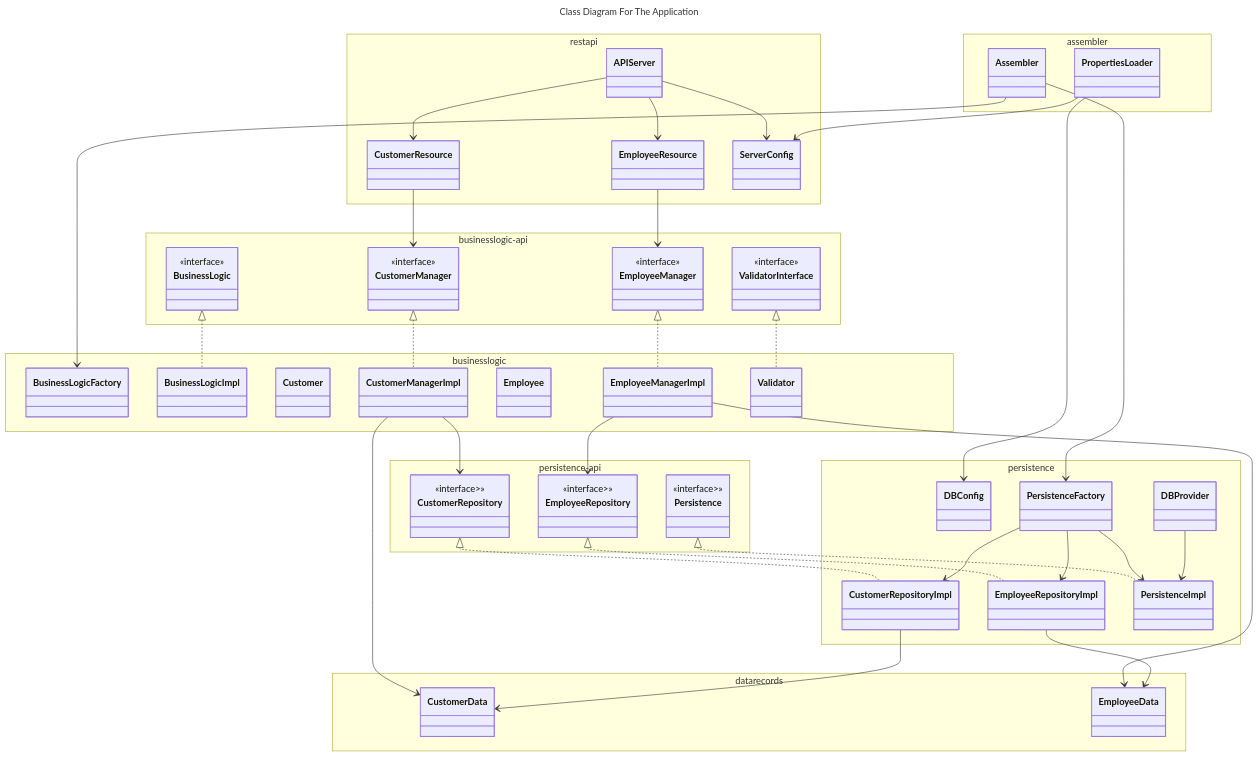
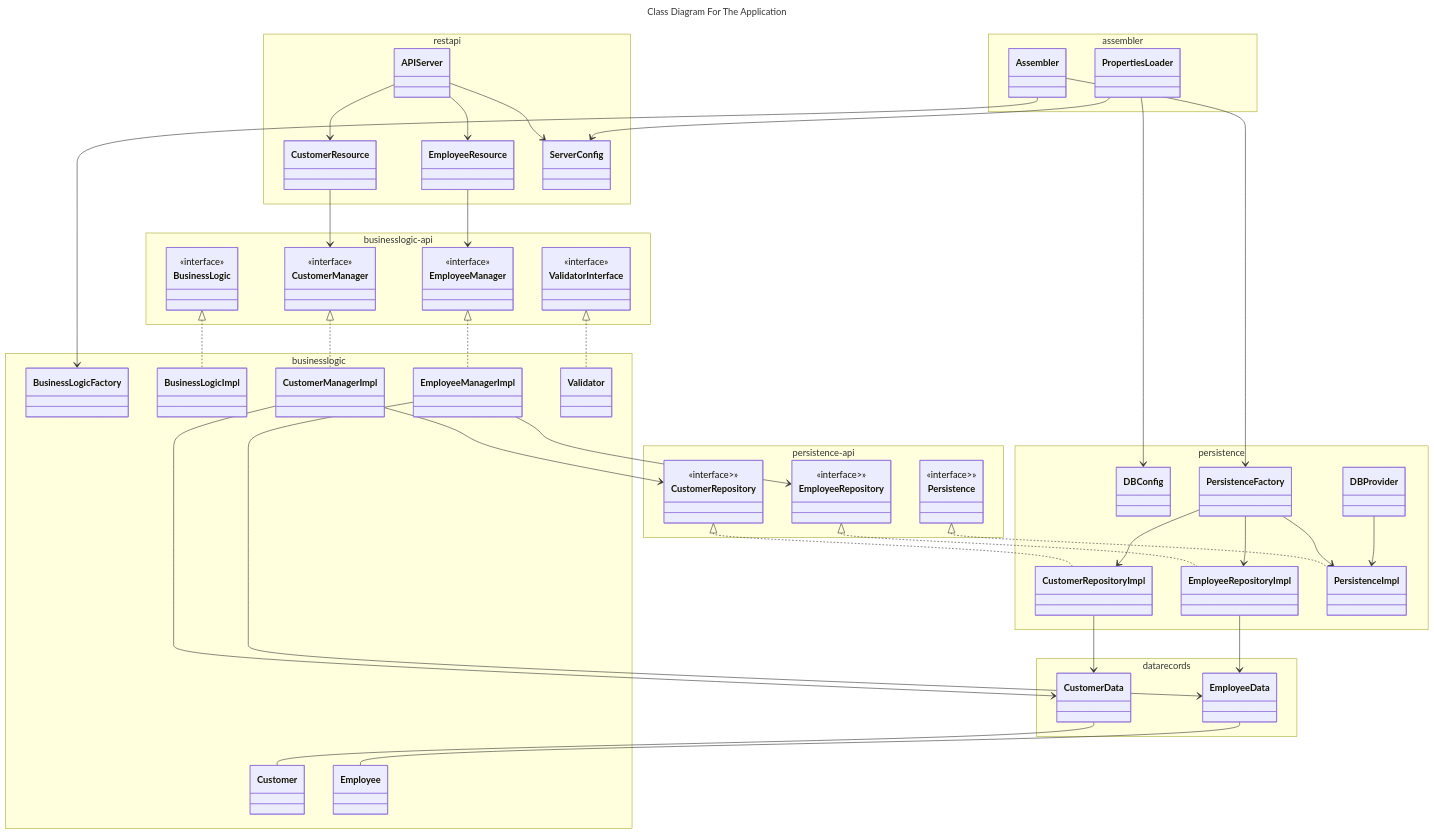
The diagram in design/classDiagrams/applicationClassDiagram.md (Leonardo-Notargiacomo/SkyVoyage), drawn with Mermaid before and after one commit.

Commit message:
modify the class diagram

```diff
--- a/design/classDiagrams/applicationClassDiagram.md
+++ b/design/classDiagrams/applicationClassDiagram.md
@@ -113,6 +113,8 @@
     EmployeeManagerImpl --> EmployeeData
     CustomerRepositoryImpl --> CustomerData
     EmployeeRepositoryImpl --> EmployeeData
+    CustomerData -- Customer
+    EmployeeData -- Employee
 
 %% Persistence Layer Relationships
     PersistenceFactory --> PersistenceImpl
```
